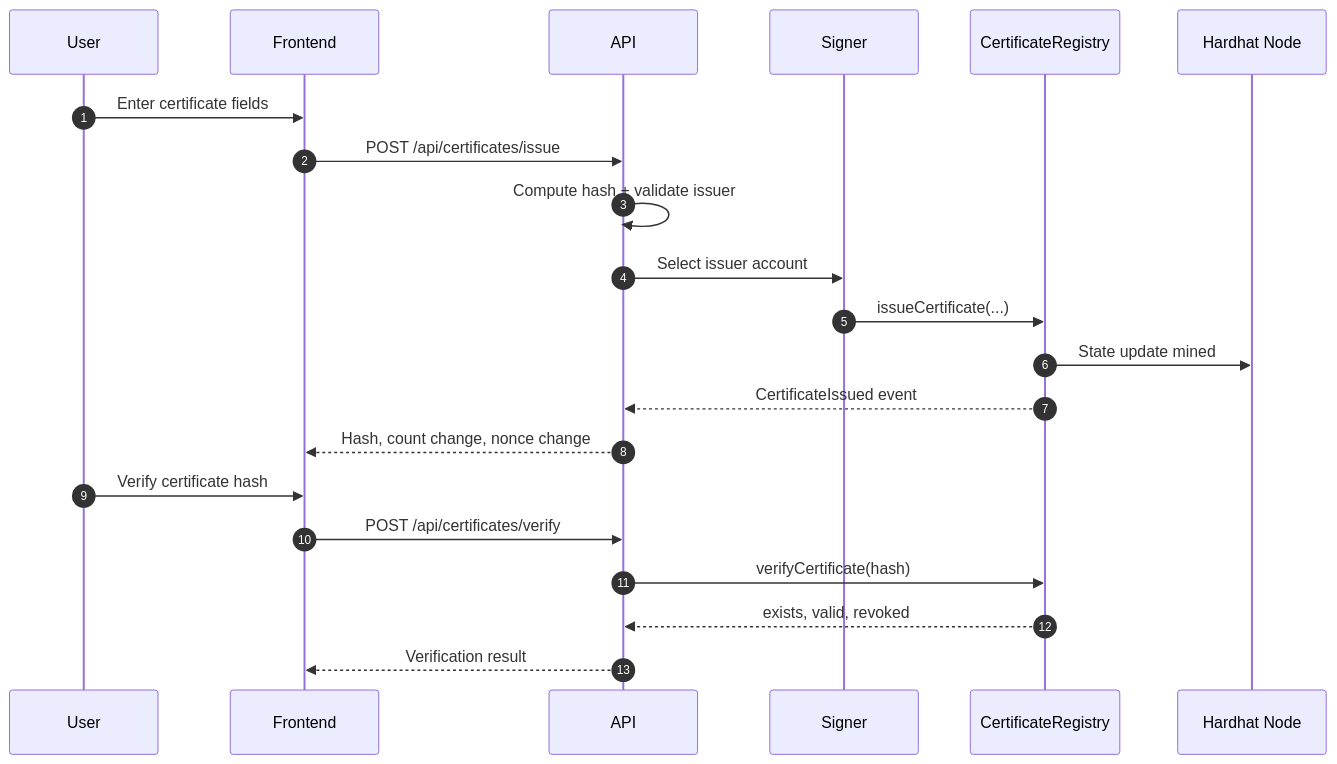
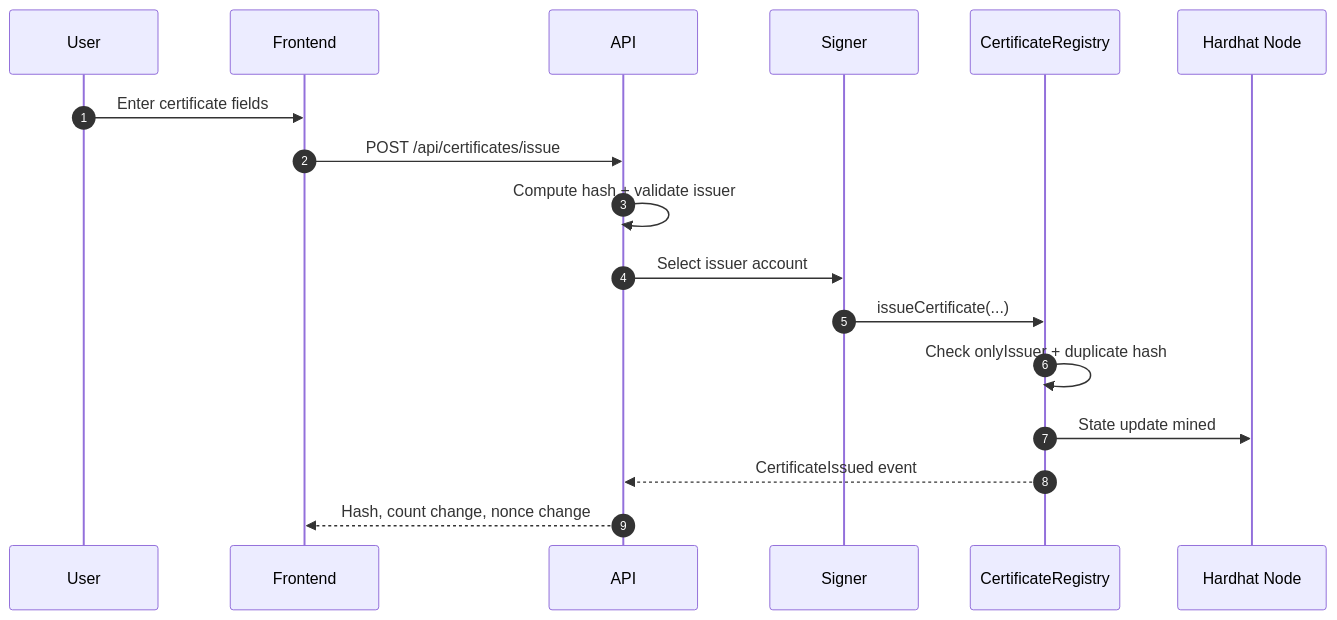
One commit to AIBabyTeaching/Blockchain-Complementary changed the fourth of 8 diagrams in docs/lab4/Lab4.md. Above: the diagram before and after it, drawn with Mermaid. The commit also changed other lines of this file and 4 other files, not shown here.

````diff
--- a/docs/lab4/Lab4.md
+++ b/docs/lab4/Lab4.md
@@ -169,25 +184,20 @@
 ```mermaid
 sequenceDiagram
     autonumber
     participant User
     participant Frontend
     participant API
     participant Signer
     participant Contract as CertificateRegistry
     participant Chain as Hardhat Node
 
     User->>Frontend: Enter certificate fields
     Frontend->>API: POST /api/certificates/issue
     API->>API: Compute hash + validate issuer
     API->>Signer: Select issuer account
     Signer->>Contract: issueCertificate(...)
+    Contract->>Contract: Check onlyIssuer + duplicate hash
     Contract->>Chain: State update mined
     Contract-->>API: CertificateIssued event
     API-->>Frontend: Hash, count change, nonce change
-
-    User->>Frontend: Verify certificate hash
-    Frontend->>API: POST /api/certificates/verify
-    API->>Contract: verifyCertificate(hash)
-    Contract-->>API: exists, valid, revoked
-    API-->>Frontend: Verification result
 ```
````
